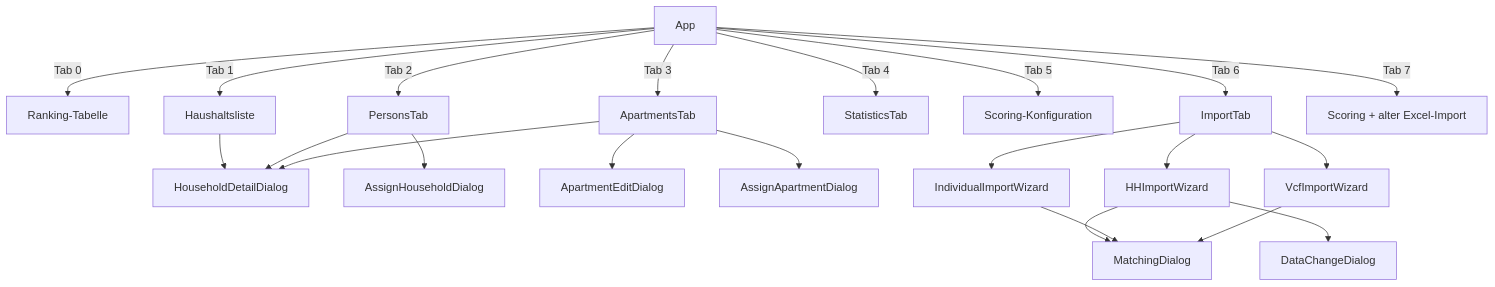
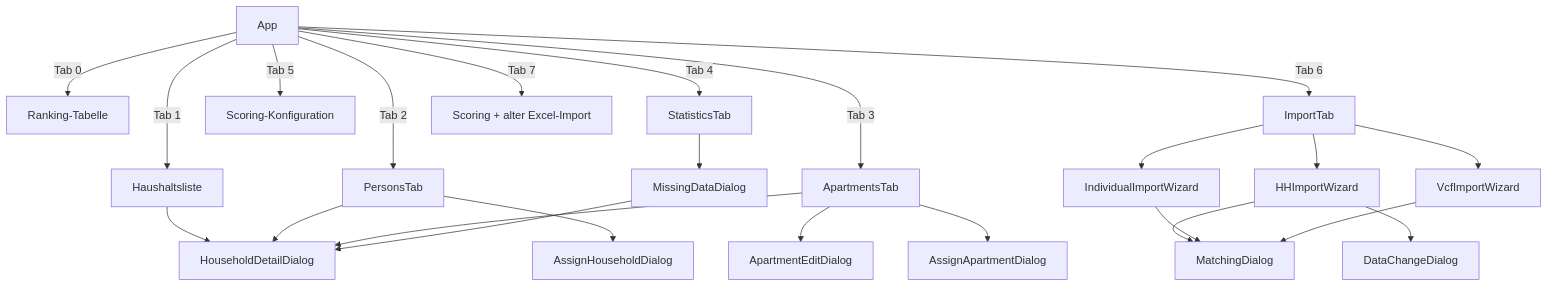
The third of 3 diagrams in docs/inventar.md (vitaliprenger/gw-household-scoring), drawn with Mermaid before and after one commit. The commit also changed other lines of this file and 10 other files, not shown here.

First line of the commit message:
feat: Enhance statistics handling and missing data management

````diff
--- a/docs/inventar.md
+++ b/docs/inventar.md
@@ -191,24 +193,26 @@
 ```mermaid
 flowchart TD
     App -->|Tab 0| Ranking[Ranking-Tabelle]
     App -->|Tab 1| Households[Haushaltsliste]
     Households --> Detail[HouseholdDetailDialog]
     App -->|Tab 2| Persons[PersonsTab]
     Persons --> AssignHH[AssignHouseholdDialog]
     Persons --> Detail
     App -->|Tab 3| Apartments[ApartmentsTab]
     Apartments --> EditApt[ApartmentEditDialog]
     Apartments --> AssignApt[AssignApartmentDialog]
     Apartments --> Detail
     App -->|Tab 4| Statistics[StatisticsTab]
+    Statistics --> Missing[MissingDataDialog]
+    Missing --> Detail
     App -->|Tab 5| Config[Scoring-Konfiguration]
     App -->|Tab 6| ImportTab
     ImportTab --> HH[HHImportWizard]
     ImportTab --> Individual[IndividualImportWizard]
     ImportTab --> VCF[VcfImportWizard]
     HH --> Matching[MatchingDialog]
     Individual --> Matching
     VCF --> Matching
     HH --> Changes[DataChangeDialog]
     App -->|Tab 7| Actions[Scoring + alter Excel-Import]
 ```
````
